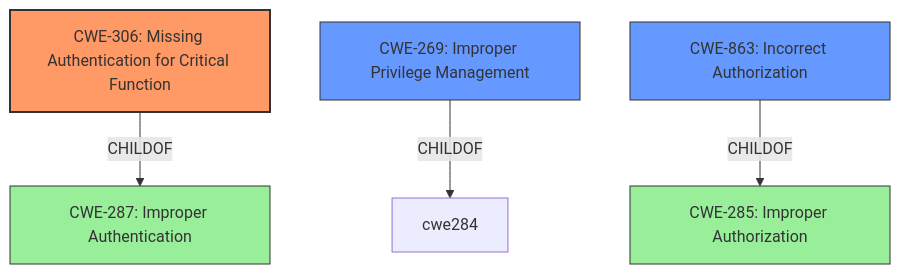
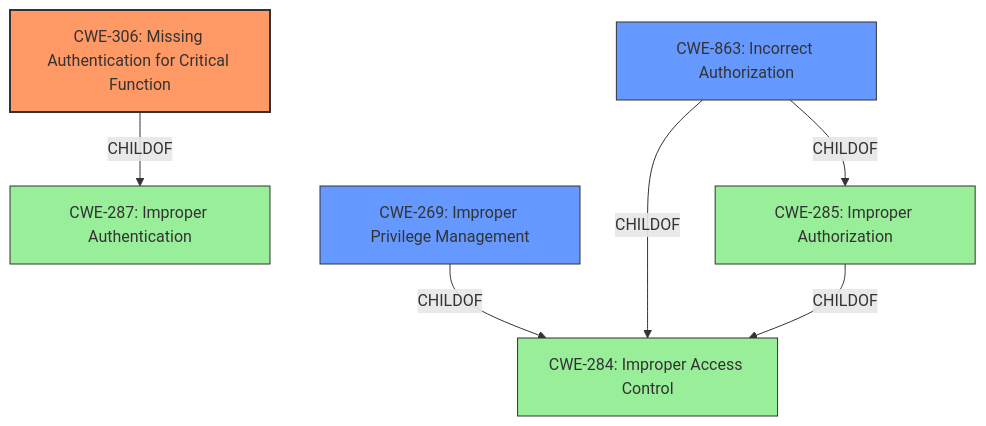
One commit to CyberSecAI/cwe_agent_assign_reports_2023 changed the diagram in CVE-2021-20021/CVE-2021-20021_analysis.md. Above: the diagram before and after it, drawn with Mermaid. The commit also changed other lines of this file and 902 other files, not shown here.

````diff
--- a/CVE-2021-20021/CVE-2021-20021_analysis.md
+++ b/CVE-2021-20021/CVE-2021-20021_analysis.md
@@ -19,17 +18,22 @@
 ```mermaid
 graph TD
     cwe306["CWE-306: Missing Authentication for Critical Function"]
     cwe287["CWE-287: Improper Authentication"]
     cwe269["CWE-269: Improper Privilege Management"]
+    cwe284["CWE-284: Improper Access Control"]
     cwe863["CWE-863: Incorrect Authorization"]
     cwe285["CWE-285: Improper Authorization"]
+
     cwe306 -->|CHILDOF| cwe287
     cwe269 -->|CHILDOF| cwe284
     cwe863 -->|CHILDOF| cwe285
+    cwe863 -->|CHILDOF| cwe284
+    cwe285 -->|CHILDOF| cwe284
+
     classDef primary fill:#f96,stroke:#333,stroke-width:2px
     classDef secondary fill:#69f,stroke:#333
     classDef tertiary fill:#9e9,stroke:#333
     class cwe306 primary
     class cwe269,cwe863 secondary
-    class cwe287,cwe285 tertiary
+    class cwe287,cwe284,cwe285 tertiary
 ```
````
